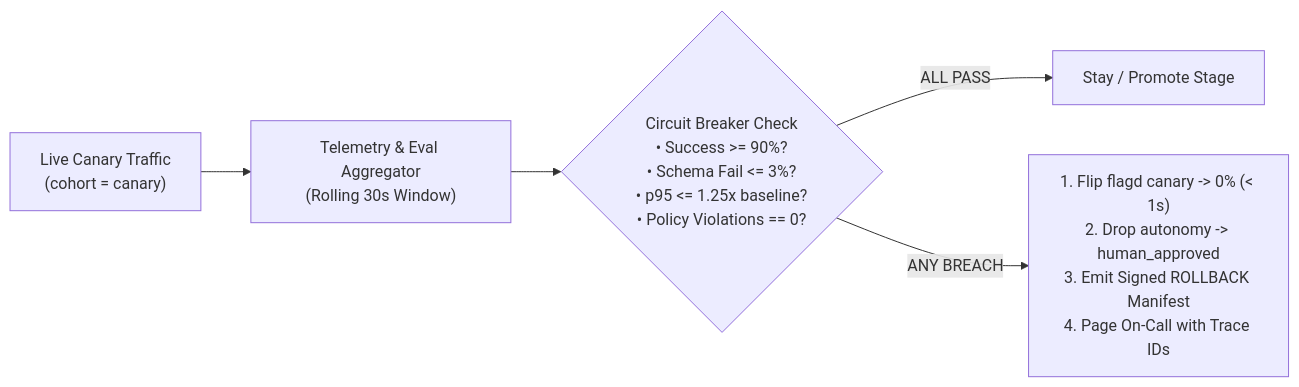
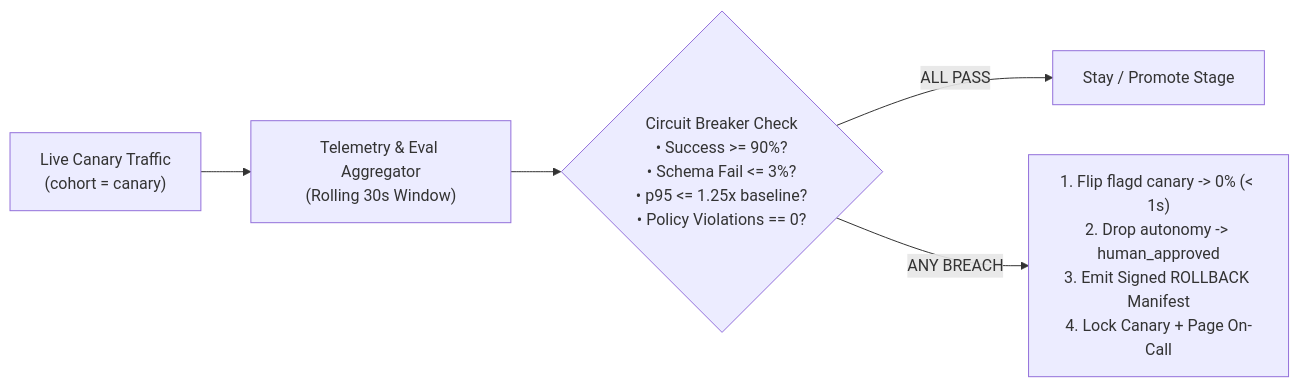
One commit to Amie-dev/FDE-and-GenAI-Mastery changed the first of 2 diagrams in Lecture 44 - Progressive Autonomy flagd and Safe Releases/notes/06_Automated_Rollback_and_Incident_Recovery.md. Above: the diagram before and after it, drawn with Mermaid. The commit also changed other lines of this file and 92 other files, not shown here.

````diff
--- a/Lecture 44 - Progressive Autonomy flagd and Safe Releases/notes/06_Automated_Rollback_and_Incident_Recovery.md
+++ b/Lecture 44 - Progressive Autonomy flagd and Safe Releases/notes/06_Automated_Rollback_and_Incident_Recovery.md
@@ -20,7 +28,7 @@
 ```mermaid
 flowchart LR
     T["Live Canary Traffic<br/>(cohort = canary)"] --> M["Telemetry & Eval Aggregator<br/>(Rolling 30s Window)"]
     M --> C{"Circuit Breaker Check<br/>• Success >= 90%?<br/>• Schema Fail <= 3%?<br/>• p95 <= 1.25x baseline?<br/>• Policy Violations == 0?"}
     C -->|"ALL PASS"| Keep["Stay / Promote Stage"]
-    C -->|"ANY BREACH"| Act["1. Flip flagd canary -> 0% (< 1s)<br/>2. Drop autonomy -> human_approved<br/>3. Emit Signed ROLLBACK Manifest<br/>4. Page On-Call with Trace IDs"]
+    C -->|"ANY BREACH"| Act["1. Flip flagd canary -> 0% (< 1s)<br/>2. Drop autonomy -> human_approved<br/>3. Emit Signed ROLLBACK Manifest<br/>4. Lock Canary + Page On-Call"]
 ```
````
